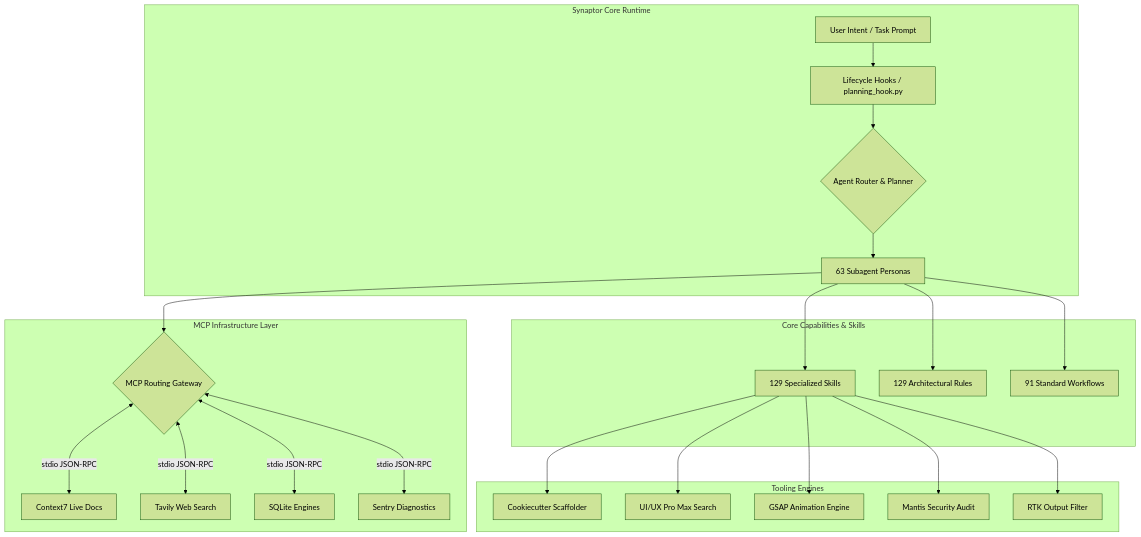
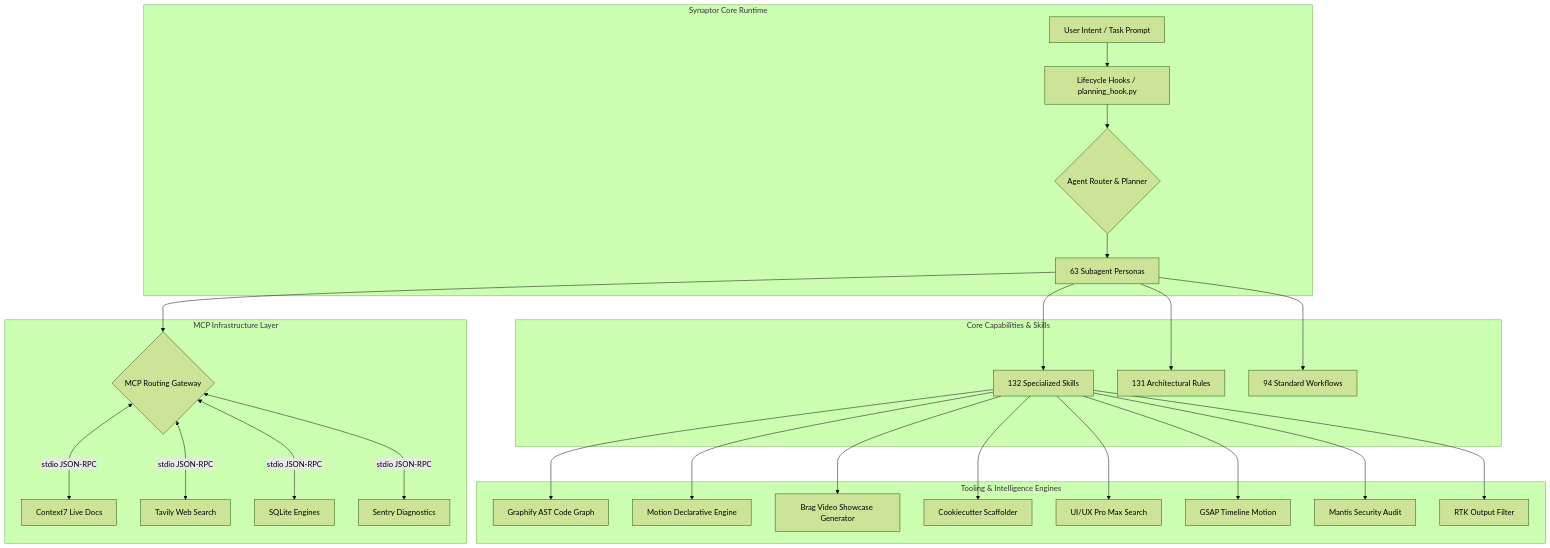
One commit to xayakster/Synaptor changed the diagram in README.md. Above: the diagram before and after it, drawn with Mermaid (forest theme). The commit also changed other lines of this file and 46 other files, not shown here.

Commit message:
feat: release Synaptor v3.3.0 with Graphify, Motion, Brag, scripts cleanup and CI fix

````diff
--- a/README.md
+++ b/README.md
@@ -33,30 +36,33 @@
 ```mermaid
 flowchart TD
     subgraph Synaptor Core Runtime
         A[User Intent / Task Prompt] --> B[Lifecycle Hooks / planning_hook.py]
         B --> C{Agent Router & Planner}
         C --> D[63 Subagent Personas]
     end
 
     subgraph Core Capabilities & Skills
-        D --> E[129 Specialized Skills]
-        D --> F[129 Architectural Rules]
-        D --> G[91 Standard Workflows]
+        D --> E[132 Specialized Skills]
+        D --> F[131 Architectural Rules]
+        D --> G[94 Standard Workflows]
     end
 
-    subgraph Tooling Engines
-        E --> H[Cookiecutter Scaffolder]
-        E --> I[UI/UX Pro Max Search]
-        E --> J[GSAP Animation Engine]
-        E --> K[Mantis Security Audit]
-        E --> L[RTK Output Filter]
+    subgraph Tooling & Intelligence Engines
+        E --> H[Graphify AST Code Graph]
+        E --> I[Motion Declarative Engine]
+        E --> J[Brag Video Showcase Generator]
+        E --> K[Cookiecutter Scaffolder]
+        E --> L[UI/UX Pro Max Search]
+        E --> M[GSAP Timeline Motion]
+        E --> N[Mantis Security Audit]
+        E --> O[RTK Output Filter]
     end
 
     subgraph MCP Infrastructure Layer
-        D --> M{MCP Routing Gateway}
-        M <-->|stdio JSON-RPC| N[Context7 Live Docs]
-        M <-->|stdio JSON-RPC| O[Tavily Web Search]
-        M <-->|stdio JSON-RPC| P[SQLite Engines]
-        M <-->|stdio JSON-RPC| Q[Sentry Diagnostics]
+        D --> P{MCP Routing Gateway}
+        P <-->|stdio JSON-RPC| Q[Context7 Live Docs]
+        P <-->|stdio JSON-RPC| R[Tavily Web Search]
+        P <-->|stdio JSON-RPC| S[SQLite Engines]
+        P <-->|stdio JSON-RPC| T[Sentry Diagnostics]
     end
 ```
````
